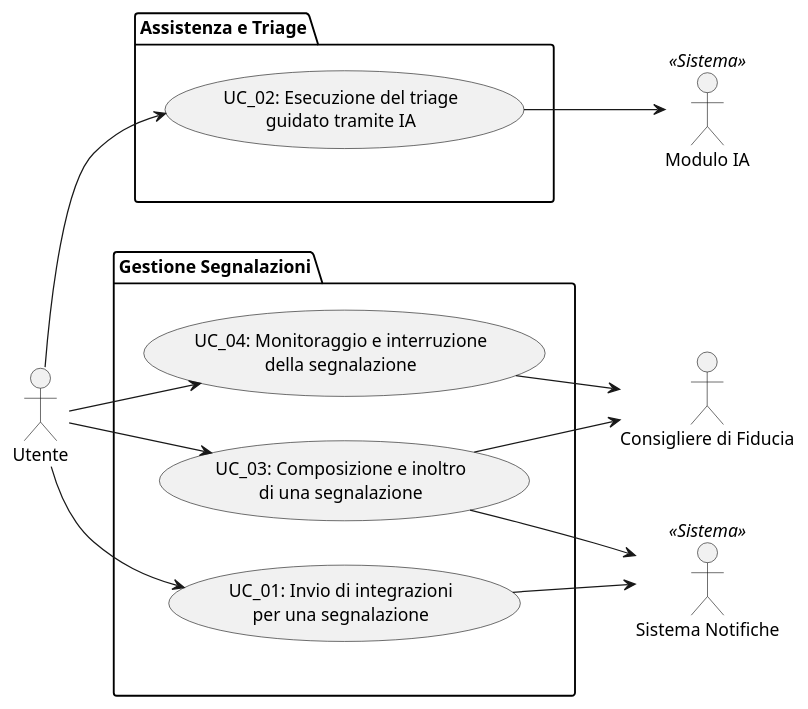
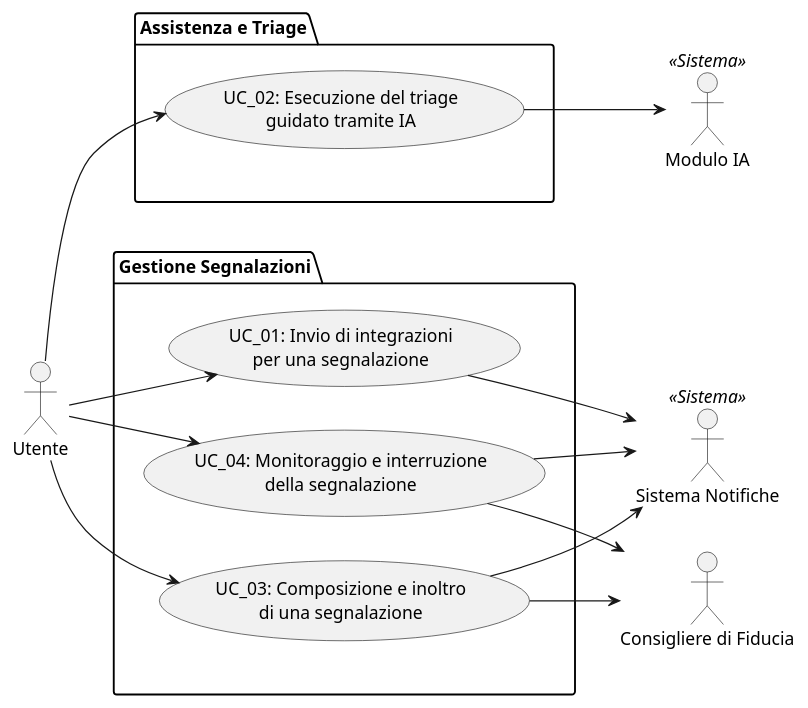
One commit to pharos-oss/pharos changed the diagram in docs/models/use_cases/UCD_01_Utente.puml. Above: the diagram before and after it, drawn with PlantUML. The commit also changed 9 other files, not shown here.

Commit message:
fix: uniformati diagrammi, aggiornati riferimenti tabella degli oggetti

```diff
--- a/docs/models/use_cases/UCD_01_Utente.puml
+++ b/docs/models/use_cases/UCD_01_Utente.puml
@@ -1,36 +1,38 @@
 @startuml
 left to right direction
 
 actor "Utente" as utente
 
 actor "Modulo IA" as ia <<Sistema>>
+actor "Sistema Notifiche" as sys <<Sistema>>
 actor "Consigliere di Fiducia" as cf
-actor "Sistema Notifiche" as sys <<Sistema>>
+
 
 package "Assistenza e Triage" as p1 {
     usecase "UC_02: Esecuzione del triage\nguidato tramite IA" as uc02
 }
 
 package "Gestione Segnalazioni" as p2 {
+    usecase "UC_04: Monitoraggio e interruzione\ndella segnalazione" as uc04
+    usecase "UC_01: Invio di integrazioni\nper una segnalazione" as uc01
     usecase "UC_03: Composizione e inoltro\ndi una segnalazione" as uc03
-    usecase "UC_01: Invio di integrazioni\nper una segnalazione" as uc01
-    usecase "UC_04: Monitoraggio e interruzione\ndella segnalazione" as uc04
 }
 
 p1 -[hidden]> p2
 
 utente --> uc02
 utente --> uc04
 utente --> uc03
 utente --> uc01
 
 uc02 --> ia
 
 uc04 --> cf
+uc04 --> sys
 
 uc03 --> cf
 uc03 --> sys
 
 uc01 --> sys
 
 @enduml
```
